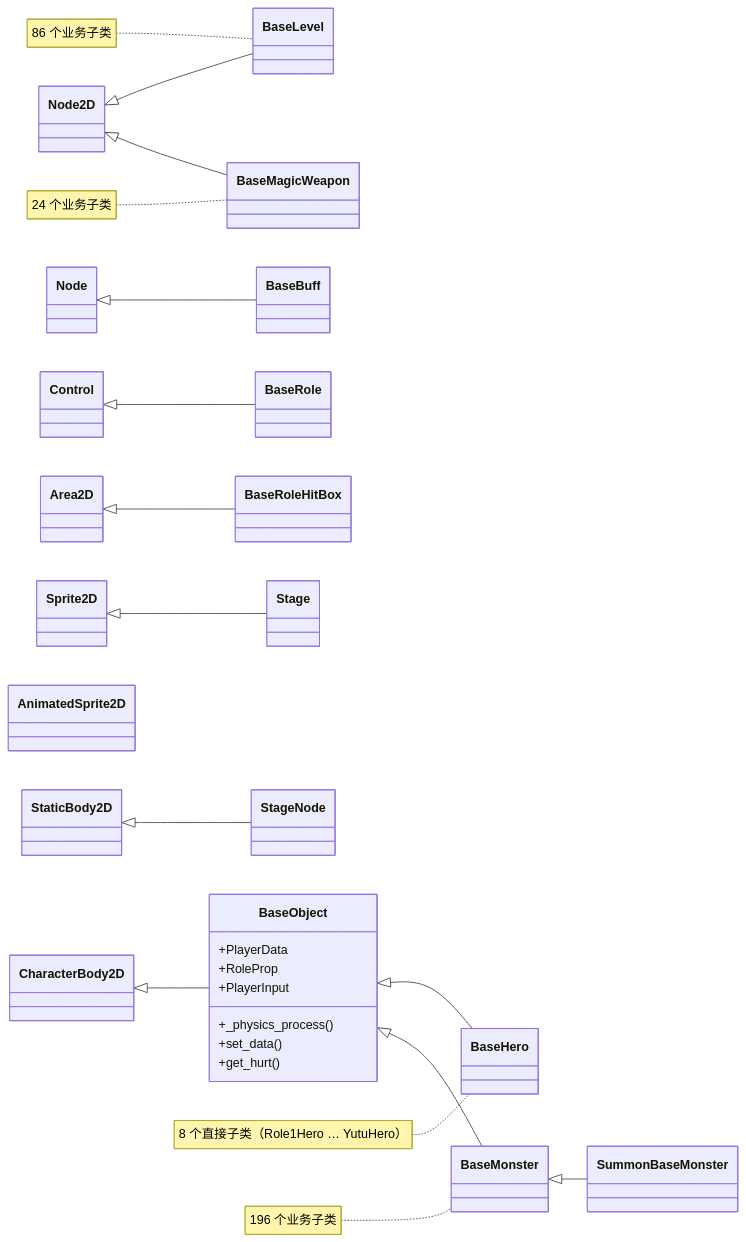
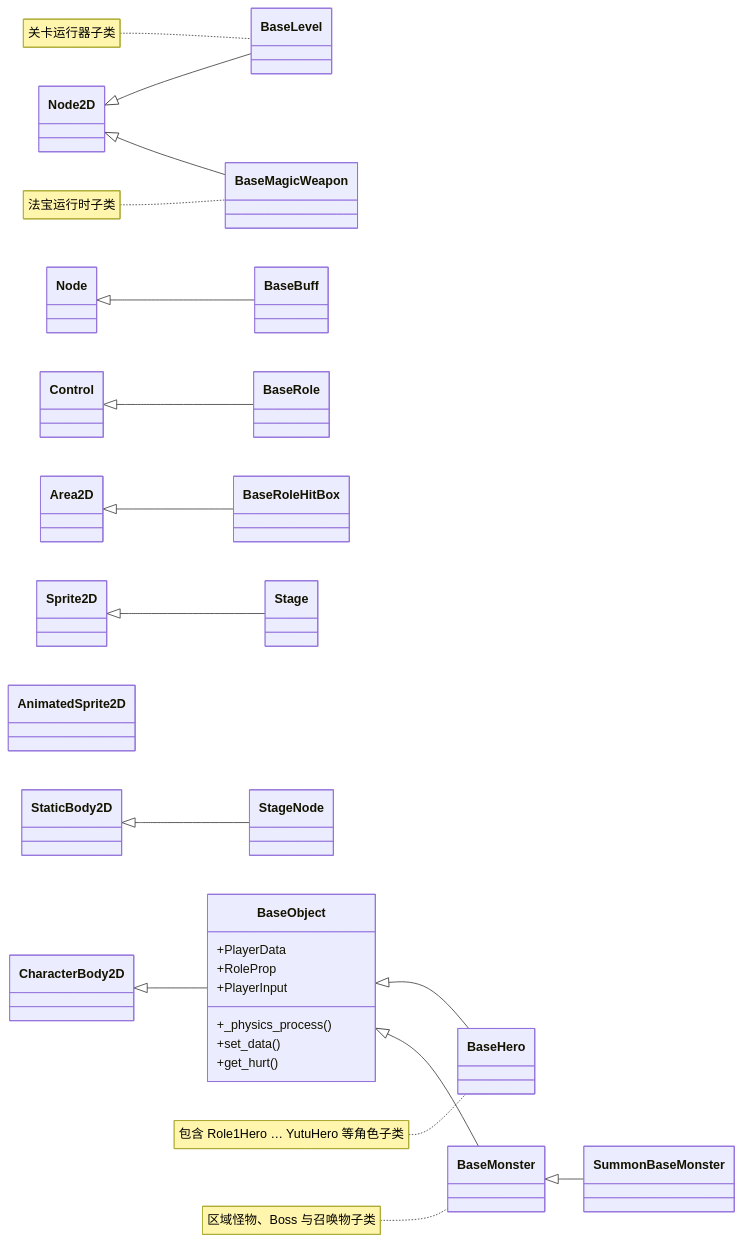
One commit to 0xnayuta/BHYH changed the third of 3 diagrams in docs/reference/architecture.md. Above: the diagram before and after it, drawn with Mermaid. The commit also changed other lines of this file and 8 other files, not shown here.

````diff
--- a/docs/reference/architecture.md
+++ b/docs/reference/architecture.md
@@ -164,47 +164,47 @@
 ```mermaid
 classDiagram
     direction LR
     class CharacterBody2D
     class Node2D
     class Node
     class Area2D
     class Control
     class Sprite2D
     class StaticBody2D
     class AnimatedSprite2D
 
     class BaseObject {
         +PlayerData
         +RoleProp
         +PlayerInput
         +_physics_process()
         +set_data()
         +get_hurt()
     }
     class BaseHero
     class BaseMonster
     class SummonBaseMonster
     class BaseLevel
     class BaseMagicWeapon
     class BaseBuff
     class BaseRole
     class BaseRoleHitBox
     class Stage
     class StageNode
 
     CharacterBody2D <|-- BaseObject
     BaseObject <|-- BaseHero
     BaseObject <|-- BaseMonster
     BaseMonster <|-- SummonBaseMonster
     Node2D <|-- BaseLevel
     Node2D <|-- BaseMagicWeapon
     Node <|-- BaseBuff
     Control <|-- BaseRole
     Area2D <|-- BaseRoleHitBox
     Sprite2D <|-- Stage
     StaticBody2D <|-- StageNode
-    note for BaseHero "8 个直接子类（Role1Hero … YutuHero）"
-    note for BaseMonster "196 个业务子类"
-    note for BaseLevel "86 个业务子类"
-    note for BaseMagicWeapon "24 个业务子类"
+    note for BaseHero "包含 Role1Hero … YutuHero 等角色子类"
+    note for BaseMonster "区域怪物、Boss 与召唤物子类"
+    note for BaseLevel "关卡运行器子类"
+    note for BaseMagicWeapon "法宝运行时子类"
 ```
````
